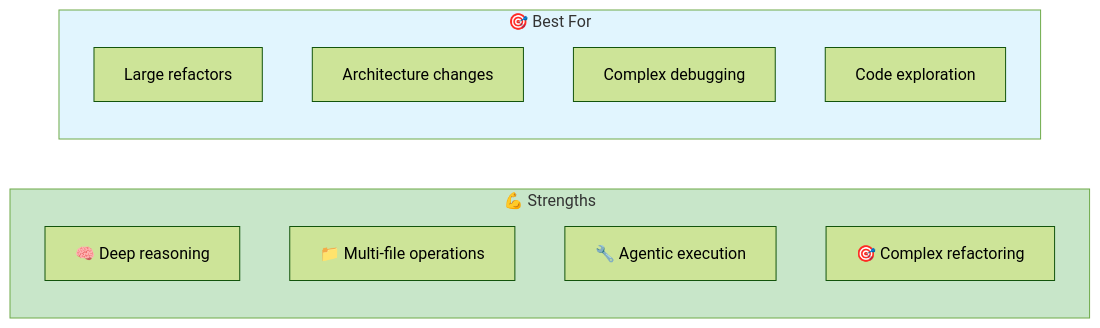
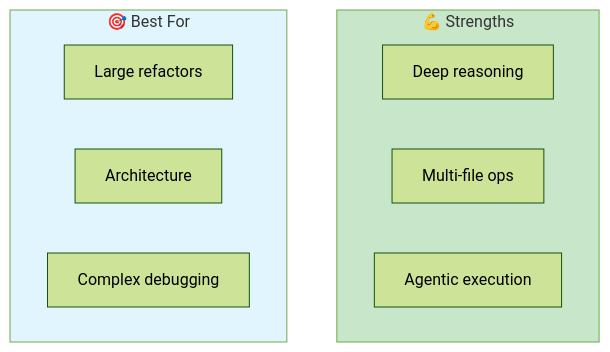
The first of 5 diagrams in website/content/papers/ai-dlc-2026/runbooks/tooling/claude-code.md (TheBushidoCollective/han), drawn with Mermaid (forest theme) before and after one commit. The commit also changed other lines of this file and 21 other files, not shown here.

First line of the commit message:
fix(website): convert all AI-DLC runbook Mermaid diagrams to TB layout

````diff
--- a/website/content/papers/ai-dlc-2026/runbooks/tooling/claude-code.md
+++ b/website/content/papers/ai-dlc-2026/runbooks/tooling/claude-code.md
@@ -9,21 +9,17 @@
 ```mermaid
-flowchart LR
+flowchart TB
     subgraph Strengths["💪 Strengths"]
-        direction TB
-        S1[🧠 Deep reasoning]
-        S2[📁 Multi-file operations]
-        S3[🔧 Agentic execution]
-        S4[🎯 Complex refactoring]
+        S1[Deep reasoning]
+        S2[Multi-file ops]
+        S3[Agentic execution]
     end
 
     subgraph BestFor["🎯 Best For"]
-        direction TB
         B1[Large refactors]
-        B2[Architecture changes]
+        B2[Architecture]
         B3[Complex debugging]
-        B4[Code exploration]
     end
 
     style Strengths fill:#c8e6c9
     style BestFor fill:#e1f5fe
 ```
````
